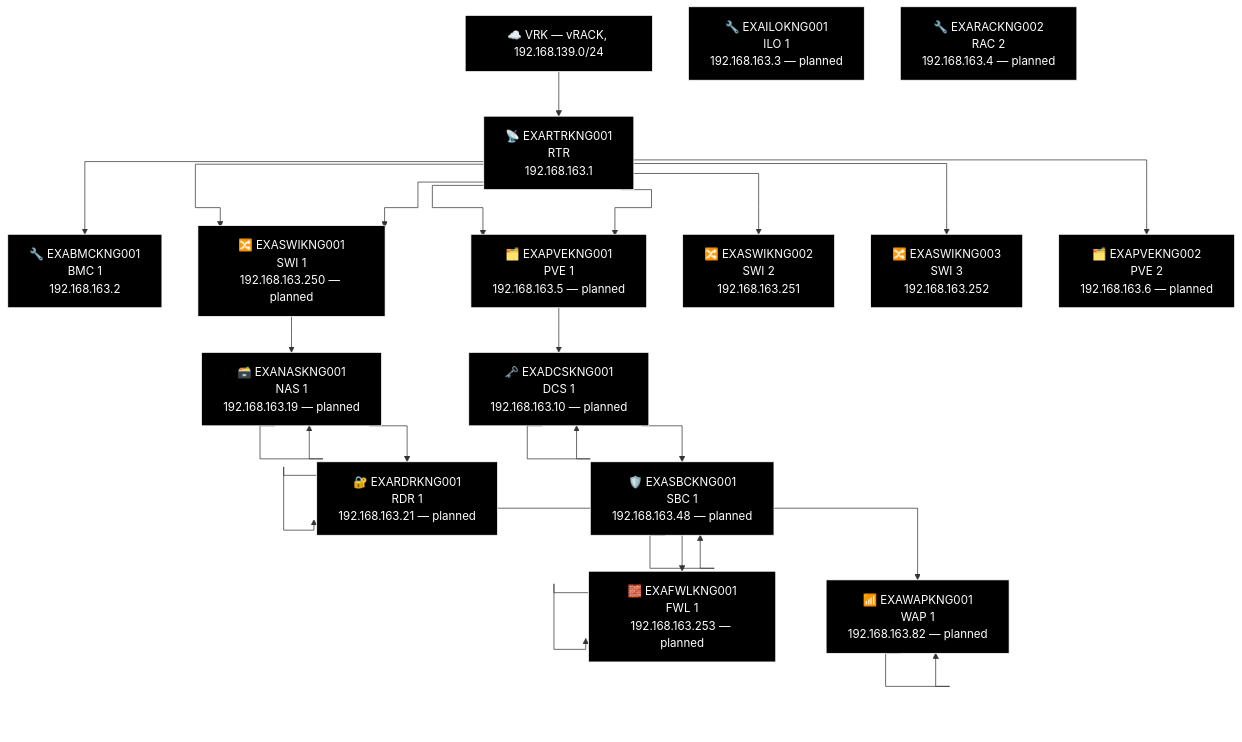
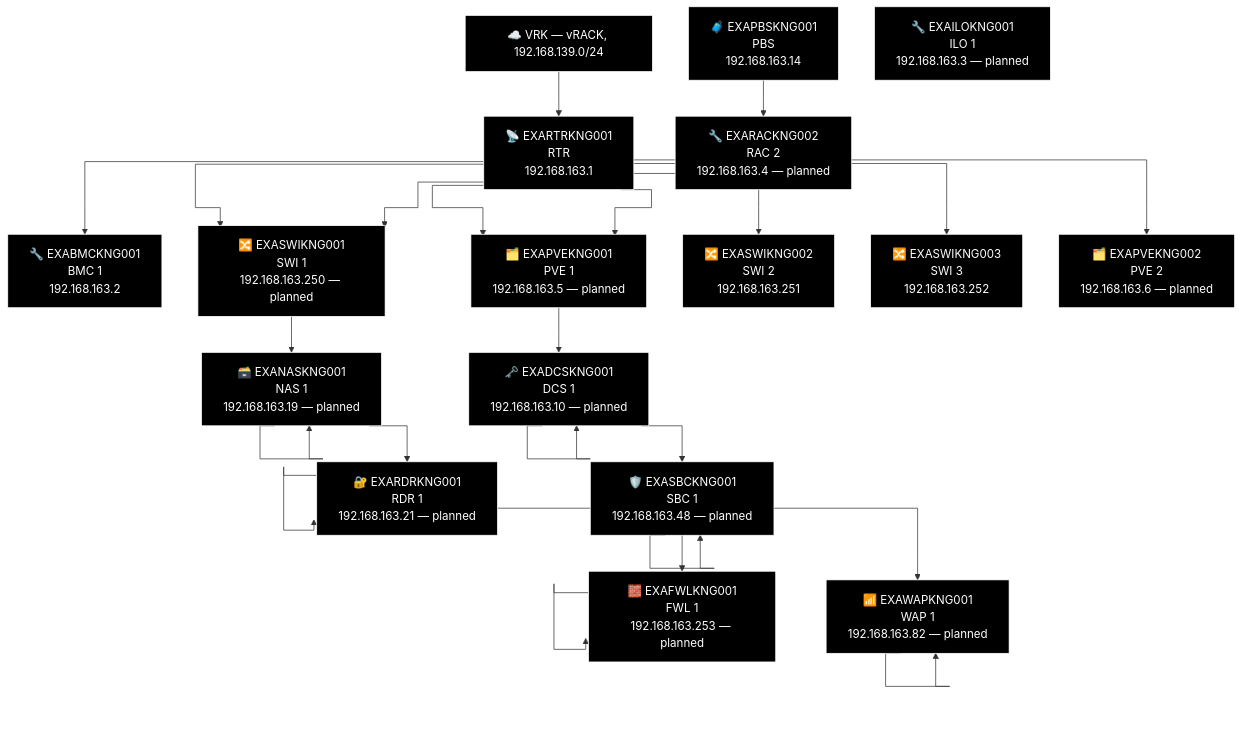
Before and after one commit to knightmare2600/example_music_infra: the ninth of 9 diagrams in docs/network-diagram/canada.md, drawn with Mermaid. The commit also changed other lines of this file and 14 other files, not shown here.

First line of the commit message:
docs/network-diagram: regenerate, every site was missing its PBS node

````diff
--- a/docs/network-diagram/canada.md
+++ b/docs/network-diagram/canada.md
@@ -450,65 +458,68 @@
 ```mermaid
 %% GENERATED:TOPOLOGY:KNG:START
 %%{init: {'flowchart': {'curve': 'stepAfter'}}}%%
 graph TD
     T_VRK["☁️ VRK — vRACK, 192.168.139.0/24"]
     T_RTR["📡 EXARTRKNG001<br/>RTR<br/>192.168.163.1"]
     T_VRK --> T_RTR
     T_BMC["🔧 EXABMCKNG001<br/>BMC 1<br/>192.168.163.2"]
     T_RTR --> T_BMC
     T_PVE["🗂️ EXAPVEKNG001<br/>PVE 1<br/>192.168.163.5"]
     T_RTR --> T_PVE
     T_SWI["🔀 EXASWIKNG001<br/>SWI 1<br/>192.168.163.250"]
     T_RTR --> T_SWI
     T_SWI2["🔀 EXASWIKNG002<br/>SWI 2<br/>192.168.163.251"]
     T_RTR --> T_SWI2
     T_SWI3["🔀 EXASWIKNG003<br/>SWI 3<br/>192.168.163.252"]
     T_RTR --> T_SWI3
     T_SWI["🔀 EXASWIKNG001<br/>SWI 1<br/>192.168.163.250 — planned"]
     T_RTR --> T_SWI
     T_PVE["🗂️ EXAPVEKNG001<br/>PVE 1<br/>192.168.163.5 — planned"]
     T_RTR --> T_PVE
     T_PVE2["🗂️ EXAPVEKNG002<br/>PVE 2<br/>192.168.163.6 — planned"]
     T_RTR --> T_PVE2
     T_NAS["🗃️ EXANASKNG001<br/>NAS<br/>192.168.163.19"]
     T_NAS["🗃️ EXANASKNG001<br/>NAS 1<br/>192.168.163.19 — planned"]
     T_RDR["🔐 EXARDRKNG001<br/>RDR<br/>192.168.163.21"]
     T_RDR["🔐 EXARDRKNG001<br/>RDR 1<br/>192.168.163.21 — planned"]
     T_WAP["📶 EXAWAPKNG001<br/>WAP 1<br/>192.168.163.82"]
     T_WAP["📶 EXAWAPKNG001<br/>WAP 1<br/>192.168.163.82 — planned"]
     T_SWI --> T_NAS --> T_NAS --> T_RDR --> T_RDR --> T_WAP --> T_WAP
     T_DCS["🗝️ EXADCSKNG001<br/>DCS 1<br/>192.168.163.10"]
     T_DCS["🗝️ EXADCSKNG001<br/>DCS 1<br/>192.168.163.10 — planned"]
     T_SBC["🛡️ EXASBCKNG001<br/>SBC<br/>192.168.163.48"]
     T_SBC["🛡️ EXASBCKNG001<br/>SBC 1<br/>192.168.163.48 — planned"]
     T_FWL["🧱 EXAFWLKNG001<br/>LAN Face<br/>192.168.163.253"]
     T_FWL["🧱 EXAFWLKNG001<br/>FWL 1<br/>192.168.163.253 — planned"]
     T_PVE --> T_DCS --> T_DCS --> T_SBC --> T_SBC --> T_FWL --> T_FWL
+    T_PBS["🧳 EXAPBSKNG001<br/>PBS<br/>192.168.163.14"]
     T_ILO["🔧 EXAILOKNG001<br/>ILO 1<br/>192.168.163.3 — planned"]
     T_RAC["🔧 EXARACKNG002<br/>RAC 2<br/>192.168.163.4 — planned"]
+    T_PBS --> T_RAC
     style T_VRK fill:#000000,stroke:#FFFFFF,color:#FFFFFF
     style T_RTR fill:#000000,stroke:#FFFFFF,color:#FFFFFF
     style T_BMC fill:#000000,stroke:#FFFFFF,color:#FFFFFF
     style T_PVE fill:#000000,stroke:#FFFFFF,color:#FFFFFF
     style T_SWI fill:#000000,stroke:#FFFFFF,color:#FFFFFF
     style T_SWI2 fill:#000000,stroke:#FFFFFF,color:#FFFFFF
     style T_SWI3 fill:#000000,stroke:#FFFFFF,color:#FFFFFF
     style T_SWI fill:#000000,stroke:#FFFFFF,color:#FFFFFF
     style T_PVE fill:#000000,stroke:#FFFFFF,color:#FFFFFF
     style T_PVE2 fill:#000000,stroke:#FFFFFF,color:#FFFFFF
     style T_NAS fill:#000000,stroke:#FFFFFF,color:#FFFFFF
     style T_NAS fill:#000000,stroke:#FFFFFF,color:#FFFFFF
     style T_RDR fill:#000000,stroke:#FFFFFF,color:#FFFFFF
     style T_RDR fill:#000000,stroke:#FFFFFF,color:#FFFFFF
     style T_WAP fill:#000000,stroke:#FFFFFF,color:#FFFFFF
     style T_WAP fill:#000000,stroke:#FFFFFF,color:#FFFFFF
     style T_DCS fill:#000000,stroke:#FFFFFF,color:#FFFFFF
     style T_DCS fill:#000000,stroke:#FFFFFF,color:#FFFFFF
     style T_SBC fill:#000000,stroke:#FFFFFF,color:#FFFFFF
     style T_SBC fill:#000000,stroke:#FFFFFF,color:#FFFFFF
     style T_FWL fill:#000000,stroke:#FFFFFF,color:#FFFFFF
     style T_FWL fill:#000000,stroke:#FFFFFF,color:#FFFFFF
+    style T_PBS fill:#000000,stroke:#FFFFFF,color:#FFFFFF
     style T_ILO fill:#000000,stroke:#FFFFFF,color:#FFFFFF
     style T_RAC fill:#000000,stroke:#FFFFFF,color:#FFFFFF
 %% GENERATED:TOPOLOGY:KNG:END
 ```
````
